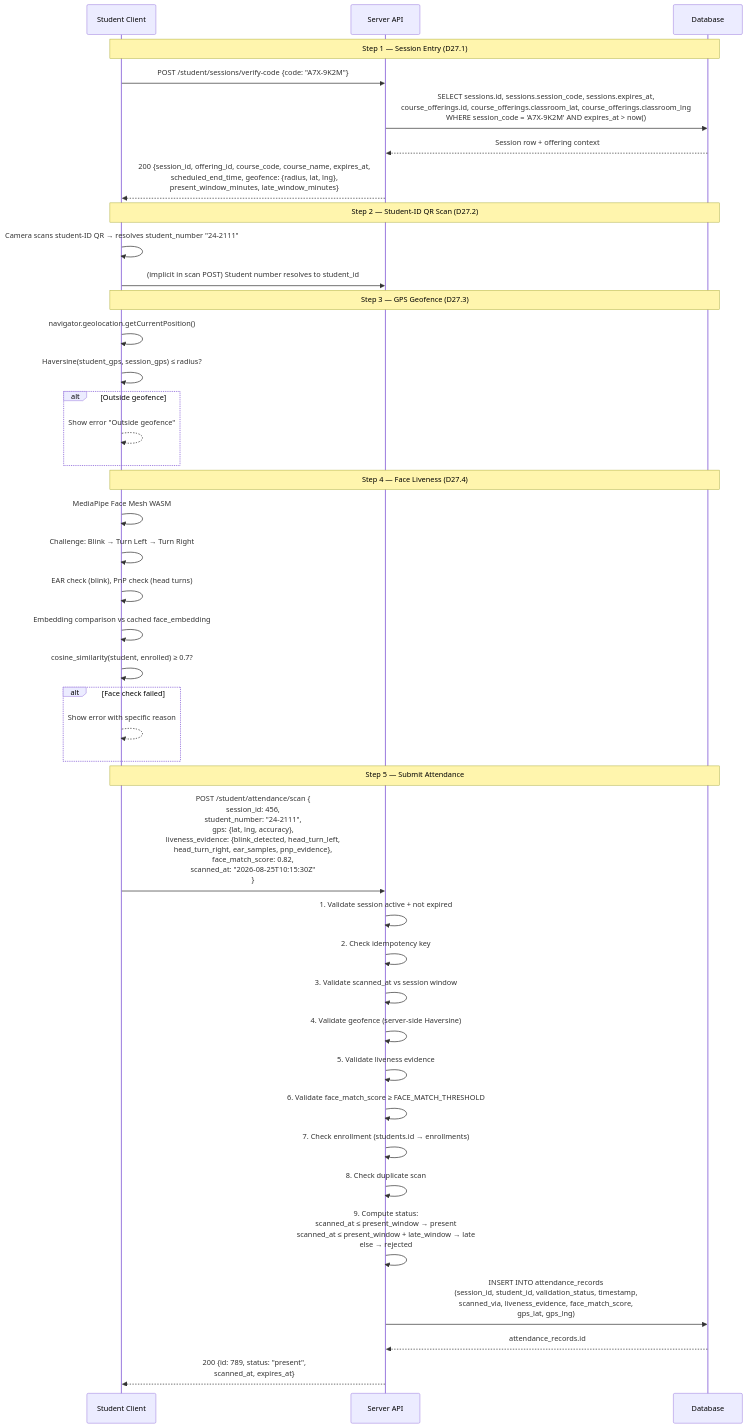
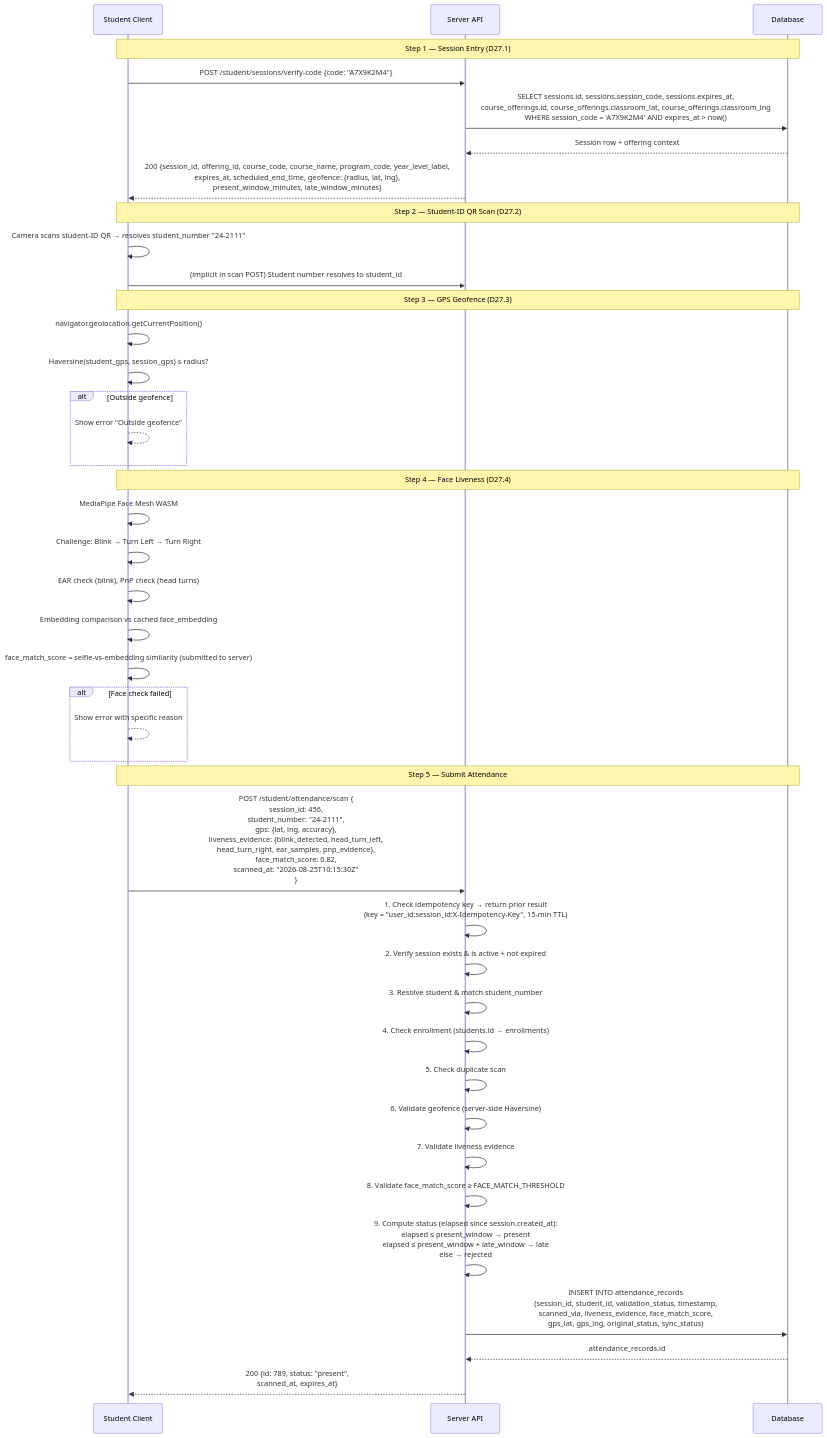
Before and after one commit to dhenji/qr_based_attendance_system: the first of 7 diagrams in docs/architecture/data-flow.md, drawn with Mermaid. The commit also changed other lines of this file and 3 other files, not shown here.

````diff
--- a/docs/architecture/data-flow.md
+++ b/docs/architecture/data-flow.md
@@ -10,57 +10,57 @@
 ```mermaid
 sequenceDiagram
     participant S as Student Client
     participant API as Server API
     participant DB as Database
 
     Note over S,DB: Step 1 — Session Entry (D27.1)
 
-    S->>API: POST /student/sessions/verify-code {code: "A7X-9K2M"}
-    API->>DB: SELECT sessions.id, sessions.session_code, sessions.expires_at,<br>course_offerings.id, course_offerings.classroom_lat, course_offerings.classroom_lng<br>WHERE session_code = 'A7X-9K2M' AND expires_at > now()
+    S->>API: POST /student/sessions/verify-code {code: "A7X9K2M4"}
+    API->>DB: SELECT sessions.id, sessions.session_code, sessions.expires_at,<br>course_offerings.id, course_offerings.classroom_lat, course_offerings.classroom_lng<br>WHERE session_code = 'A7X9K2M4' AND expires_at > now()
     DB-->>API: Session row + offering context
-    API-->>S: 200 {session_id, offering_id, course_code, course_name, expires_at,<br>scheduled_end_time, geofence: {radius, lat, lng},<br>present_window_minutes, late_window_minutes}
+    API-->>S: 200 {session_id, offering_id, course_code, course_name, program_code, year_level_label,<br>expires_at, scheduled_end_time, geofence: {radius, lat, lng},<br>present_window_minutes, late_window_minutes}
 
     Note over S,DB: Step 2 — Student-ID QR Scan (D27.2)
 
     S->>S: Camera scans student-ID QR → resolves student_number "24-2111"
     S->>API: (implicit in scan POST) Student number resolves to student_id
 
     Note over S,DB: Step 3 — GPS Geofence (D27.3)
 
     S->>S: navigator.geolocation.getCurrentPosition()
     S->>S: Haversine(student_gps, session_gps) ≤ radius?
     alt Outside geofence
         S-->>S: Show error "Outside geofence"
     end
 
     Note over S,DB: Step 4 — Face Liveness (D27.4)
 
     S->>S: MediaPipe Face Mesh WASM
     S->>S: Challenge: Blink → Turn Left → Turn Right
     S->>S: EAR check (blink), PnP check (head turns)
     S->>S: Embedding comparison vs cached face_embedding
-    S->>S: cosine_similarity(student, enrolled) ≥ 0.7?
+    S->>S: face_match_score = selfie-vs-embedding similarity (submitted to server)
     alt Face check failed
         S-->>S: Show error with specific reason
     end
 
     Note over S,DB: Step 5 — Submit Attendance
 
     S->>API: POST /student/attendance/scan {<br>session_id: 456,<br>student_number: "24-2111",<br>gps: {lat, lng, accuracy},<br>liveness_evidence: {blink_detected, head_turn_left,<br>head_turn_right, ear_samples, pnp_evidence},<br>face_match_score: 0.82,<br>scanned_at: "2026-08-25T10:15:30Z"<br>}
 
-    API->>API: 1. Validate session active + not expired
-    API->>API: 2. Check idempotency key
-    API->>API: 3. Validate scanned_at vs session window
-    API->>API: 4. Validate geofence (server-side Haversine)
-    API->>API: 5. Validate liveness evidence
-    API->>API: 6. Validate face_match_score ≥ FACE_MATCH_THRESHOLD
-    API->>API: 7. Check enrollment (students.id → enrollments)
-    API->>API: 8. Check duplicate scan
+    API->>API: 1. Check idempotency key → return prior result<br>(key = "user_id:session_id:X-Idempotency-Key", 15-min TTL)
+    API->>API: 2. Verify session exists & is active + not expired
+    API->>API: 3. Resolve student & match student_number
+    API->>API: 4. Check enrollment (students.id → enrollments)
+    API->>API: 5. Check duplicate scan
+    API->>API: 6. Validate geofence (server-side Haversine)
+    API->>API: 7. Validate liveness evidence
+    API->>API: 8. Validate face_match_score ≥ FACE_MATCH_THRESHOLD
 
-    API->>API: 9. Compute status:<br>scanned_at ≤ present_window → present<br>scanned_at ≤ present_window + late_window → late<br>else → rejected
+    API->>API: 9. Compute status (elapsed since session.created_at):<br>elapsed ≤ present_window → present<br>elapsed ≤ present_window + late_window → late<br>else → rejected
 
-    API->>DB: INSERT INTO attendance_records<br>(session_id, student_id, validation_status, timestamp,<br>scanned_via, liveness_evidence, face_match_score,<br>gps_lat, gps_lng)
+    API->>DB: INSERT INTO attendance_records<br>(session_id, student_id, validation_status, timestamp,<br>scanned_via, liveness_evidence, face_match_score,<br>gps_lat, gps_lng, original_status, sync_status)
     DB-->>API: attendance_records.id
 
     API-->>S: 200 {id: 789, status: "present",<br>scanned_at, expires_at}
 ```
````
